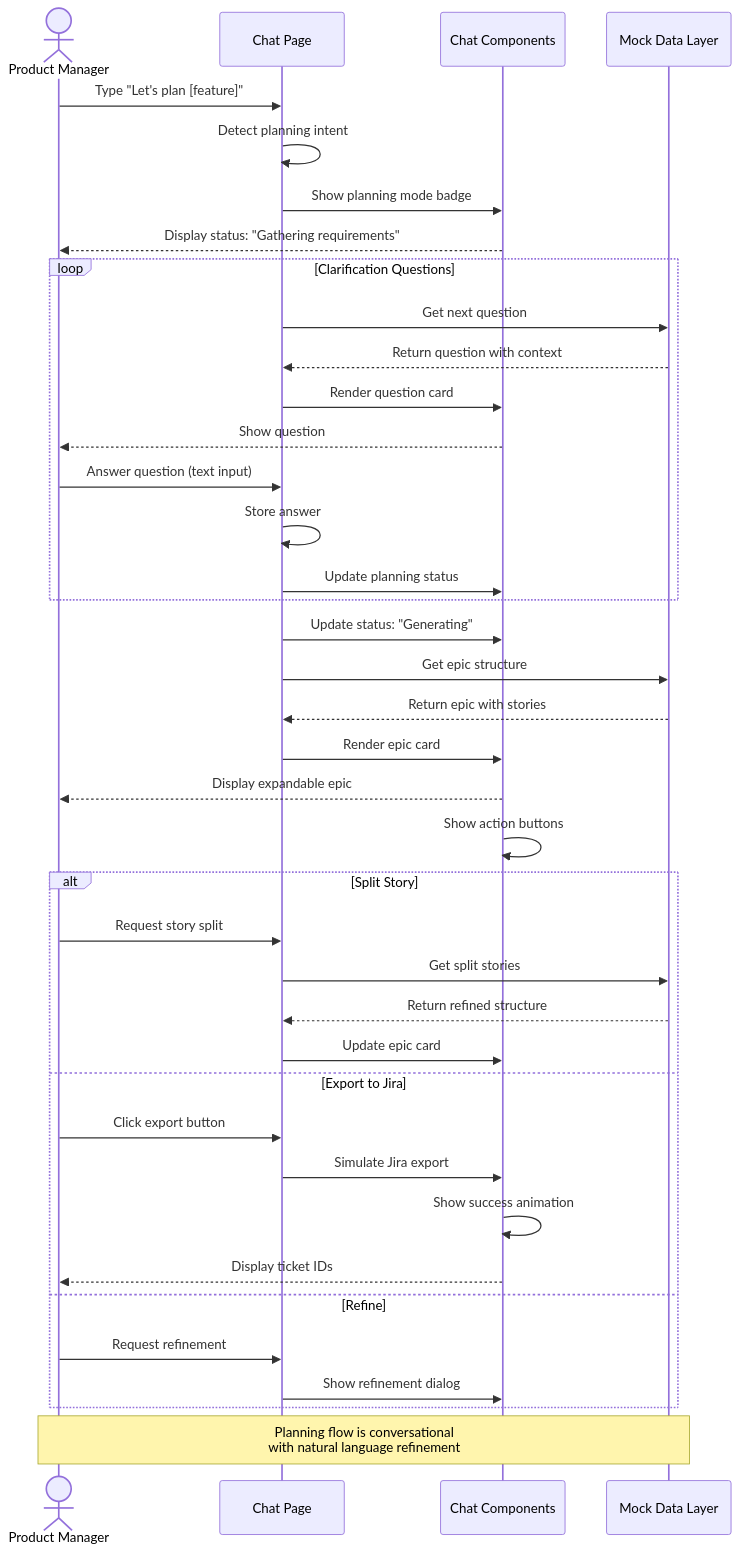
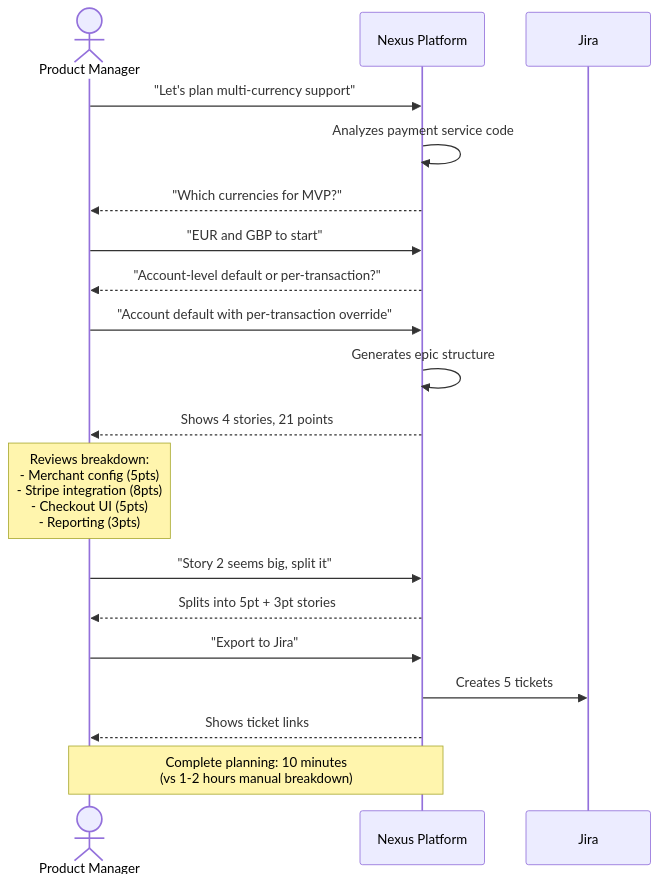
The fourth of 4 diagrams in writeup.md (sanchit-quinnox/AI4PMs), drawn with Mermaid before and after one commit. The commit also changed other lines of this file, not shown here.

````diff
--- a/writeup.md
+++ b/writeup.md
@@ -628,48 +560,29 @@
 ```mermaid
 sequenceDiagram
     actor PM as Product Manager
-    participant UI as Chat Page
-    participant Components as Chat Components
-    participant Data as Mock Data Layer
+    participant Nexus as Nexus Platform
+    participant Jira as Jira
 
-    PM->>UI: Type "Let's plan [feature]"
-    UI->>UI: Detect planning intent
-    UI->>Components: Show planning mode badge
-    Components-->>PM: Display status: "Gathering requirements"
+    PM->>Nexus: "Let's plan multi-currency support"
+    Nexus->>Nexus: Analyzes payment service code
+    Nexus-->>PM: "Which currencies for MVP?"
     
-    loop Clarification Questions
-        UI->>Data: Get next question
-        Data-->>UI: Return question with context
-        UI->>Components: Render question card
-        Components-->>PM: Show question
-        
-        PM->>UI: Answer question (text input)
-        UI->>UI: Store answer
-        UI->>Components: Update planning status
-    end
+    PM->>Nexus: "EUR and GBP to start"
+    Nexus-->>PM: "Account-level default or per-transaction?"
     
-    UI->>Components: Update status: "Generating"
-    UI->>Data: Get epic structure
-    Data-->>UI: Return epic with stories
+    PM->>Nexus: "Account default with per-transaction override"
     
-    UI->>Components: Render epic card
-    Components-->>PM: Display expandable epic
-    Components->>Components: Show action buttons
+    Nexus->>Nexus: Generates epic structure
+    Nexus-->>PM: Shows 4 stories, 21 points
     
-    alt Split Story
-        PM->>UI: Request story split
-        UI->>Data: Get split stories
-        Data-->>UI: Return refined structure
-        UI->>Components: Update epic card
-    else Export to Jira
-        PM->>UI: Click export button
-        UI->>Components: Simulate Jira export
-        Components->>Components: Show success animation
-        Components-->>PM: Display ticket IDs
-    else Refine
-        PM->>UI: Request refinement
-        UI->>Components: Show refinement dialog
-    end
+    Note over PM: Reviews breakdown:<br/>- Merchant config (5pts)<br/>- Stripe integration (8pts)<br/>- Checkout UI (5pts)<br/>- Reporting (3pts)
     
-    Note over PM,Data: Planning flow is conversational<br/>with natural language refinement
+    PM->>Nexus: "Story 2 seems big, split it"
+    Nexus-->>PM: Splits into 5pt + 3pt stories
+    
+    PM->>Nexus: "Export to Jira"
+    Nexus->>Jira: Creates 5 tickets
+    Nexus-->>PM: Shows ticket links
+    
+    Note over PM,Nexus: Complete planning: 10 minutes<br/>(vs 1-2 hours manual breakdown)
 ```
````
